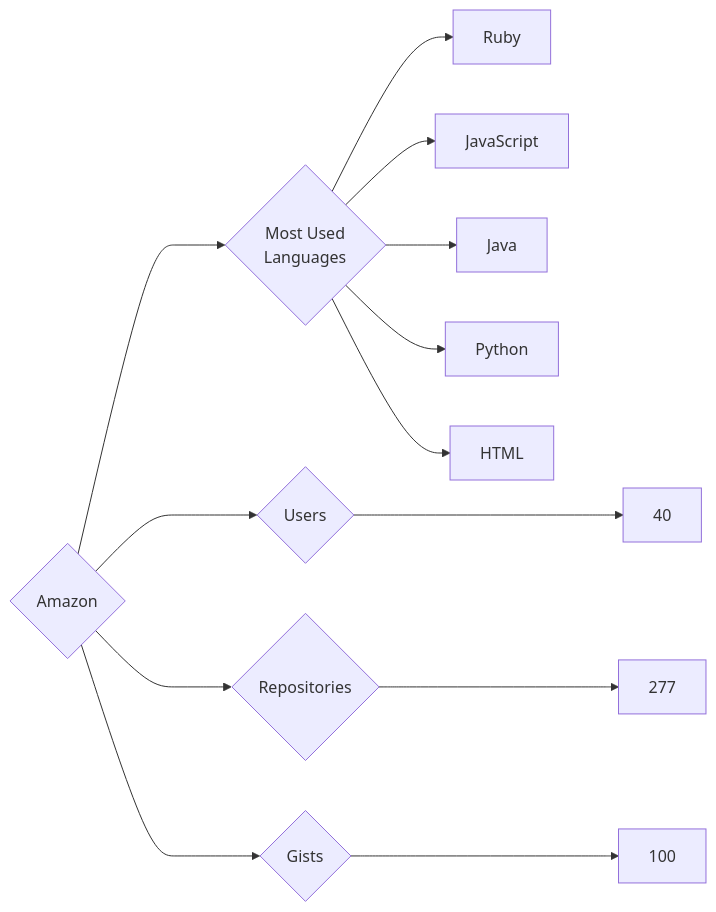
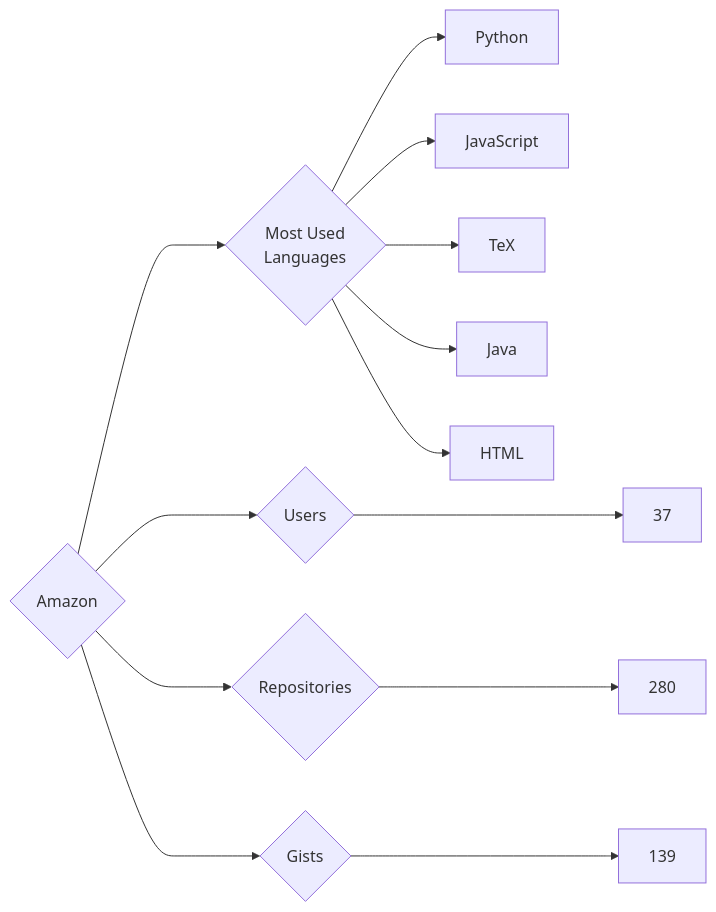
Before and after one commit to trickest/insiders: the diagram in targets/Amazon/README.md, drawn with Mermaid. The commit also changed 891 other files, not shown here.

````diff
--- a/targets/Amazon/README.md
+++ b/targets/Amazon/README.md
@@ -3,13 +3,13 @@
 ```mermaid
 graph LR
 COMPANY_NAME{Amazon}
-COMPANY_NAME ---> U{Users} ---> UN[40]
-COMPANY_NAME ---> R{Repositories} ---> RN[277]
-COMPANY_NAME ---> G{Gists} ---> GN[100]
+COMPANY_NAME ---> U{Users} ---> UN[37]
+COMPANY_NAME ---> R{Repositories} ---> RN[280]
+COMPANY_NAME ---> G{Gists} ---> GN[139]
 COMPANY_NAME ---> ML{Most Used<br>Languages}
-ML --> Ruby[Ruby]
+ML --> Python[Python]
 ML --> JavaScript[JavaScript]
+ML --> TeX[TeX]
 ML --> Java[Java]
-ML --> Python[Python]
 ML --> HTML[HTML]
 ```
````
